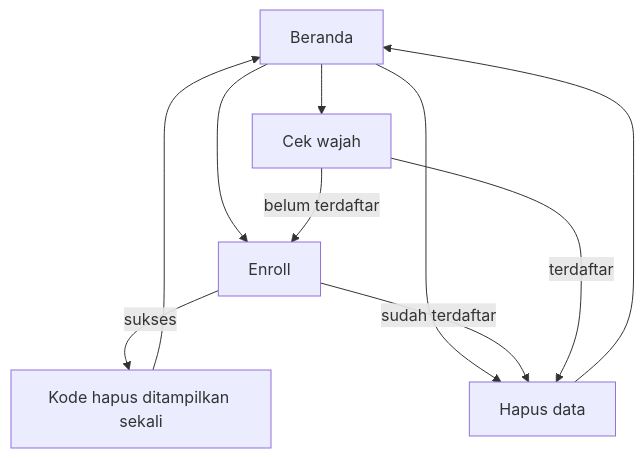
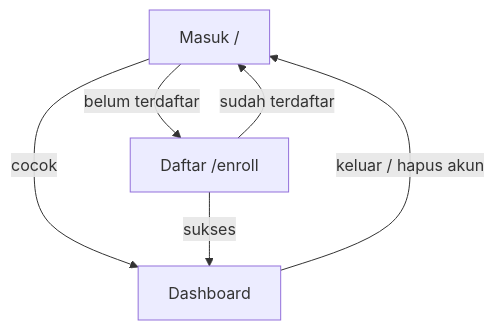
The diagram in docs/DESIGN.md (DitaPutraPratama/laravel_pengenalan_wajah), drawn with Mermaid before and after one commit. The commit also changed other lines of this file and 55 other files, not shown here.

````diff
--- a/docs/DESIGN.md
+++ b/docs/DESIGN.md
@@ -82,12 +74,8 @@
 ```mermaid
 flowchart TD
-    A[Beranda] --> B[Enroll]
-    A --> C[Cek wajah]
-    A --> D[Hapus data]
-    B -->|sukses| B1[Kode hapus ditampilkan sekali]
-    B1 --> A
-    B -->|sudah terdaftar| D
-    C -->|terdaftar| D
-    C -->|belum terdaftar| B
-    D --> A
+    A[Masuk /] -->|cocok| D[Dashboard]
+    A -->|belum terdaftar| B[Daftar /enroll]
+    B -->|sukses| D
+    B -->|sudah terdaftar| A
+    D -->|keluar / hapus akun| A
 ```
````
